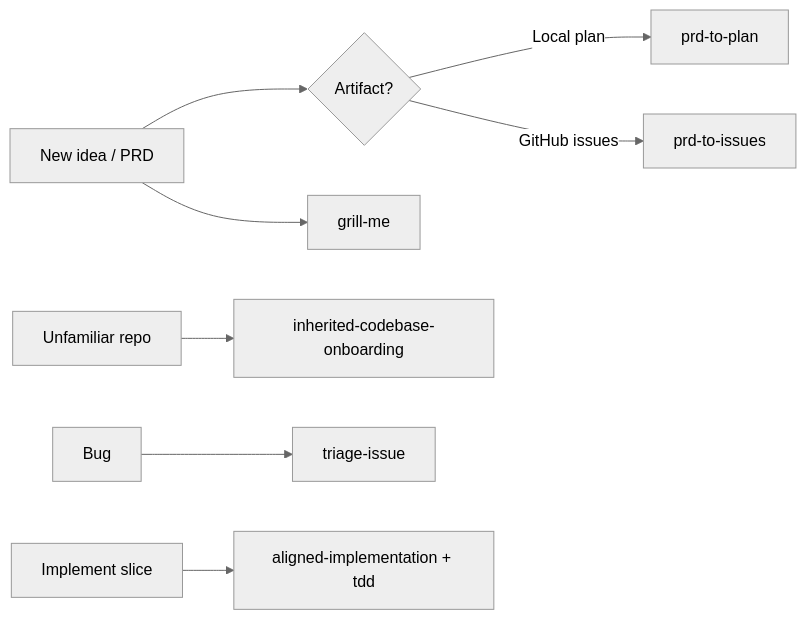
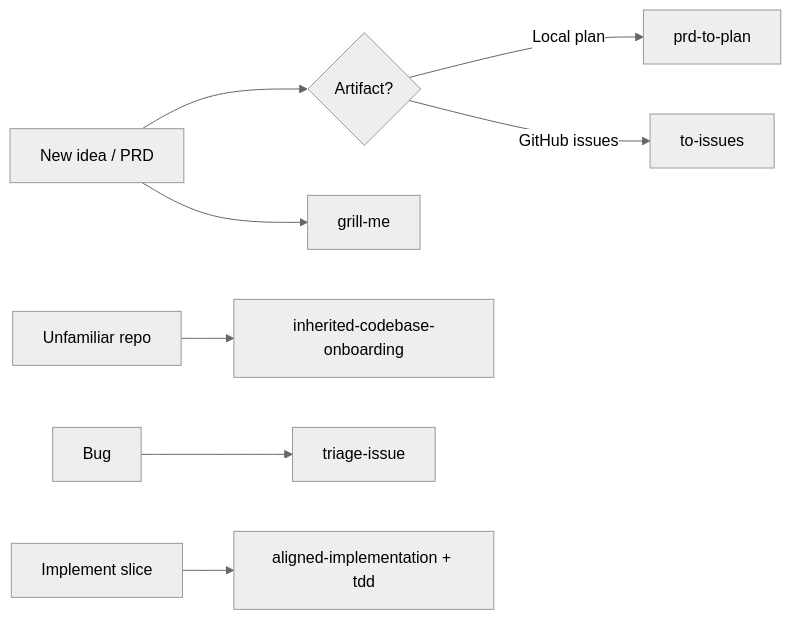
One commit to maccalsa/skills changed the diagram in docs/docs/getting-started.md. Above: the diagram before and after it, drawn with Mermaid (neutral theme). The commit also changed other lines of this file and 55 other files, not shown here.

````diff
--- a/docs/docs/getting-started.md
+++ b/docs/docs/getting-started.md
@@ -23,10 +23,10 @@
 ```mermaid
 flowchart LR
   A[New idea / PRD] --> B{Artifact?}
   B -->|Local plan| C[prd-to-plan]
-  B -->|GitHub issues| D[prd-to-issues]
+  B -->|GitHub issues| D[to-issues]
   A --> E[grill-me]
   F[Unfamiliar repo] --> G[inherited-codebase-onboarding]
   H[Bug] --> I[triage-issue]
   J[Implement slice] --> K[aligned-implementation + tdd]
 ```
````
